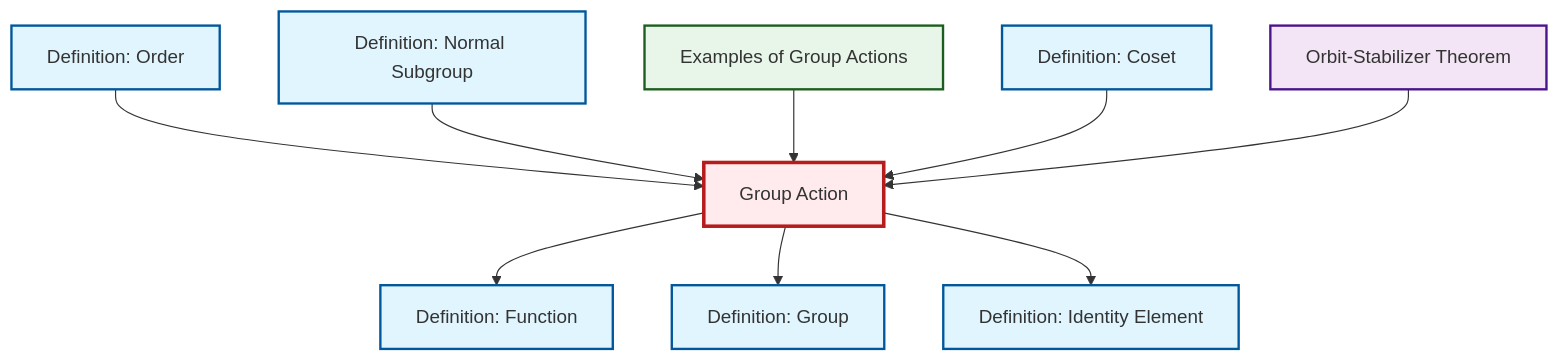
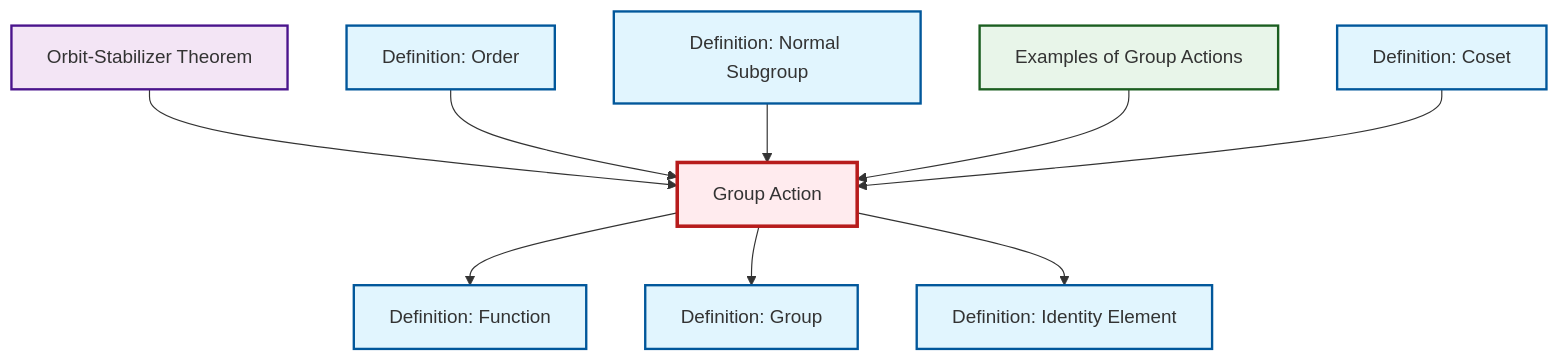
The diagram in content/en/algebra/def-group-action.qmd (RK0429/ModernMath), drawn with Mermaid before and after one commit. The commit also changed other lines of this file and 672 other files, not shown here.

````diff
--- a/content/en/algebra/def-group-action.qmd
+++ b/content/en/algebra/def-group-action.qmd
@@ -61,35 +61,35 @@
 ```{mermaid}
 %%| fig-cap: "Local dependency graph"
 graph TD
     classDef definition fill:#e1f5fe,stroke:#01579b,stroke-width:2px
     classDef theorem fill:#f3e5f5,stroke:#4a148c,stroke-width:2px
     classDef axiom fill:#fff3e0,stroke:#e65100,stroke-width:2px
     classDef example fill:#e8f5e9,stroke:#1b5e20,stroke-width:2px
     classDef current fill:#ffebee,stroke:#b71c1c,stroke-width:3px
+    def-coset["Definition: Coset"]:::definition
+    def-normal-subgroup["Definition: Normal Subgroup"]:::definition
+    def-order["Definition: Order"]:::definition
+    ex-group-action-examples["Examples of Group Actions"]:::example
+    def-function["Definition: Function"]:::definition
+    thm-orbit-stabilizer["Orbit-Stabilizer Theorem"]:::theorem
     def-identity-element["Definition: Identity Element"]:::definition
-    thm-orbit-stabilizer["Orbit-Stabilizer Theorem"]:::theorem
-    def-order["Definition: Order"]:::definition
+    def-group["Definition: Group"]:::definition
     def-group-action["Group Action"]:::definition
-    def-normal-subgroup["Definition: Normal Subgroup"]:::definition
-    def-function["Definition: Function"]:::definition
-    def-coset["Definition: Coset"]:::definition
-    ex-group-action-examples["Examples of Group Actions"]:::example
-    def-group["Definition: Group"]:::definition
+    thm-orbit-stabilizer --> def-group-action
+    def-order --> def-group-action
     def-group-action --> def-function
-    def-order --> def-group-action
     def-normal-subgroup --> def-group-action
     ex-group-action-examples --> def-group-action
     def-group-action --> def-group
     def-coset --> def-group-action
-    thm-orbit-stabilizer --> def-group-action
     def-group-action --> def-identity-element
     class def-group-action current
+    click def-coset "def-coset.html" "Go to Coset definition"
+    click def-normal-subgroup "def-normal-subgroup.html" "Go to Normal Subgroup definition"
+    click def-order "def-order.html" "Go to Order definition"
+    click ex-group-action-examples "ex-group-action-examples.html" "Go to Examples of Group Actions"
+    click def-function "def-function.html" "Go to Function definition"
+    click thm-orbit-stabilizer "thm-orbit-stabilizer.html" "Go to Orbit-Stabilizer Theorem"
     click def-identity-element "def-identity-element.html" "Go to Identity Element definition"
-    click thm-orbit-stabilizer "thm-orbit-stabilizer.html" "Go to Orbit-Stabilizer Theorem"
-    click def-order "def-order.html" "Go to Order definition"
-    click def-normal-subgroup "def-normal-subgroup.html" "Go to Normal Subgroup definition"
-    click def-function "def-function.html" "Go to Function definition"
-    click def-coset "def-coset.html" "Go to Coset definition"
-    click ex-group-action-examples "ex-group-action-examples.html" "Go to Examples of Group Actions"
     click def-group "def-group.html" "Go to Group definition"
 ```
````
